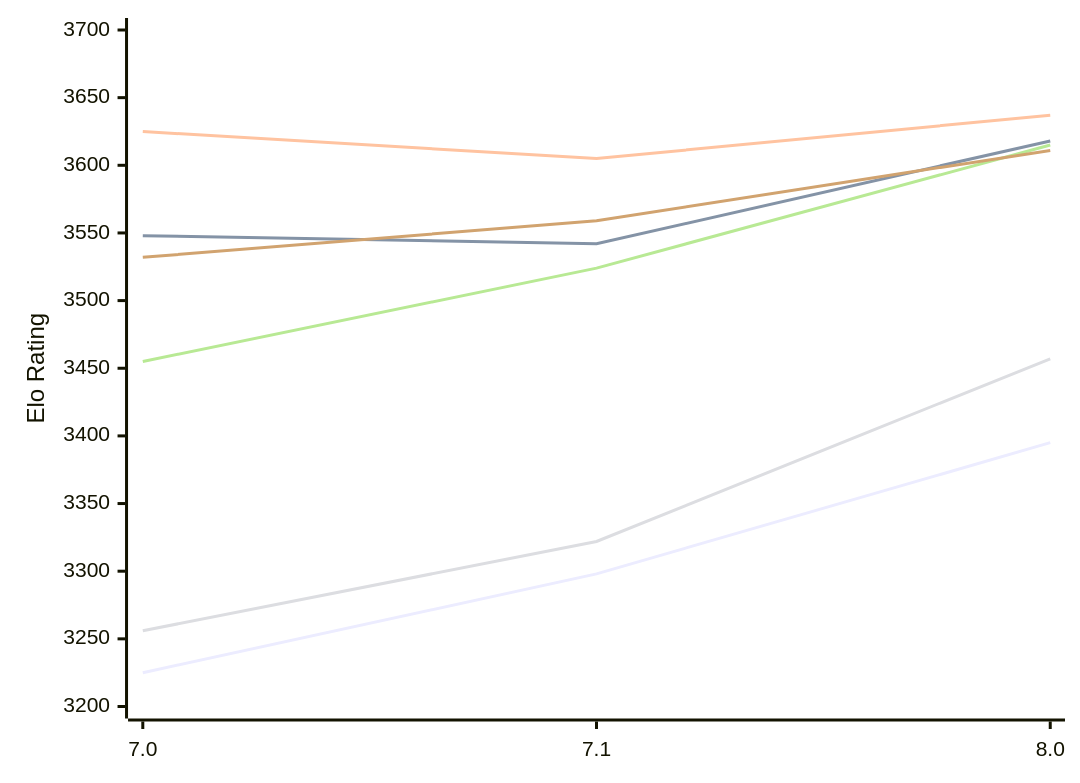
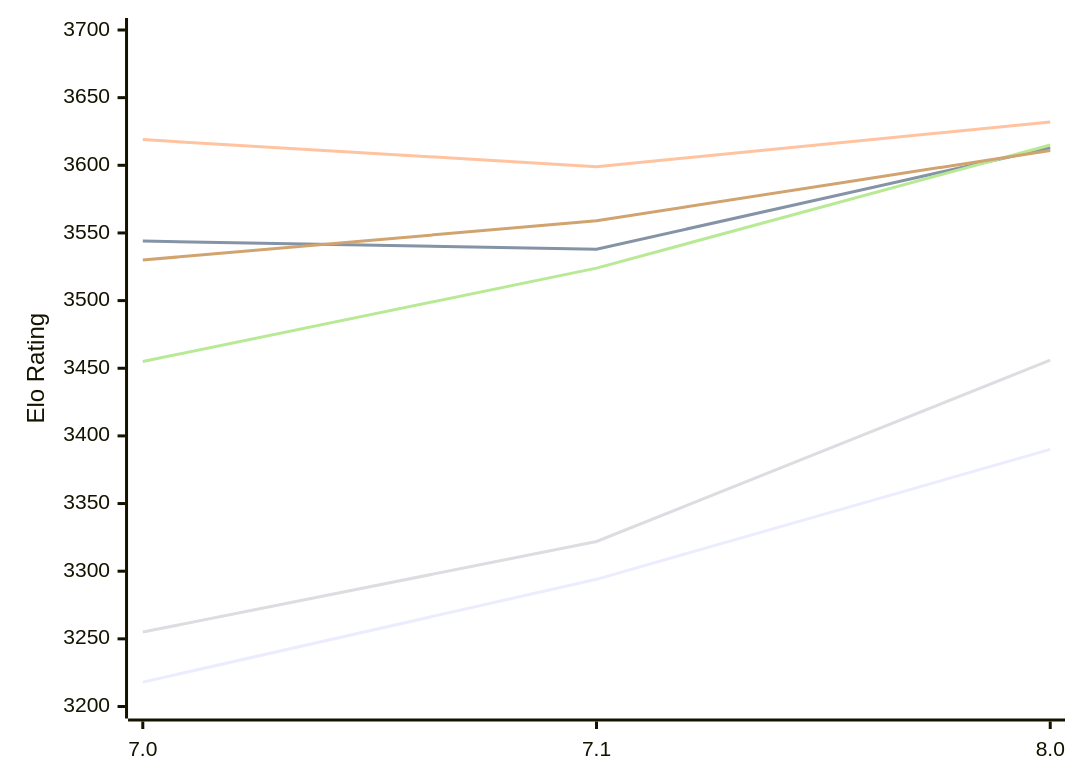
One commit to computer-chess-index/cci changed the first of 2 diagrams in engines/PZChessBot.md. Above: the diagram before and after it, drawn with Mermaid. The commit also changed other lines of this file, not shown here.

Commit message:
Update CCI Ratings (ELO VLTC) - 2026-11-26

````diff
--- a/engines/PZChessBot.md
+++ b/engines/PZChessBot.md
@@ -55,12 +55,12 @@
 ```mermaid
 %%{init: {"theme":"base","themeVariables":{"seriesColors:['#a3a3a3','#222221','#faa371']}}}%%
 xychart-beta
   x-axis ["7.0", "7.1", "8.0"]
   y-axis "Elo Rating" 3200 --> 3700
-  line "E1: STC (8.0+0.08s)" [3225, 3298, 3395]
-  line "E1: LTC (60.0+0.60s)" [3548, 3542, 3618]
-  line "E1: VLTC (2m24s+1.12s)" [3625, 3605, 3637]
-  line "P1: STC (8.0+0.08s)" [3256, 3322, 3457]
+  line "E1: STC (8.0+0.08s)" [3218, 3294, 3390]
+  line "E1: LTC (60.0+0.60s)" [3544, 3538, 3613]
+  line "E1: VLTC (2m24s+1.12s)" [3619, 3599, 3632]
+  line "P1: STC (8.0+0.08s)" [3255, 3322, 3456]
   line "P1: LTC (60.0+0.60s)" [3455, 3524, 3615]
-  line "P1: VLTC (2m24s+1.12s)" [3532, 3559, 3611]
+  line "P1: VLTC (2m24s+1.12s)" [3530, 3559, 3611]
 ```
````
